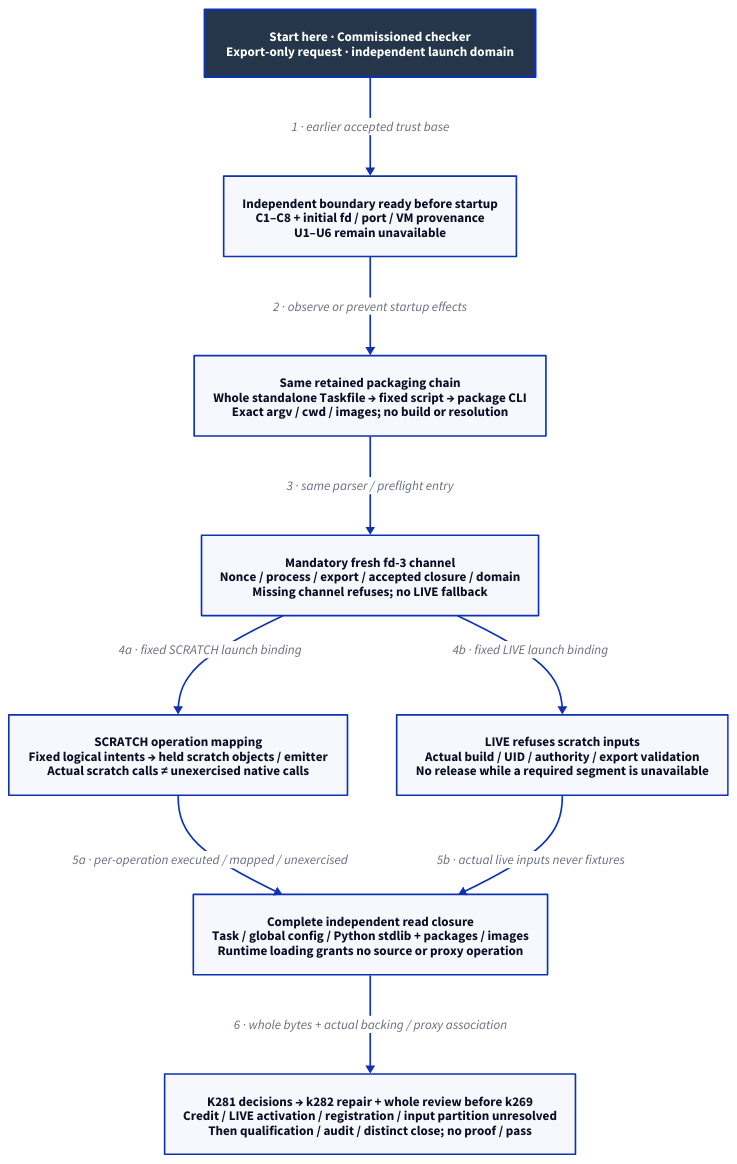
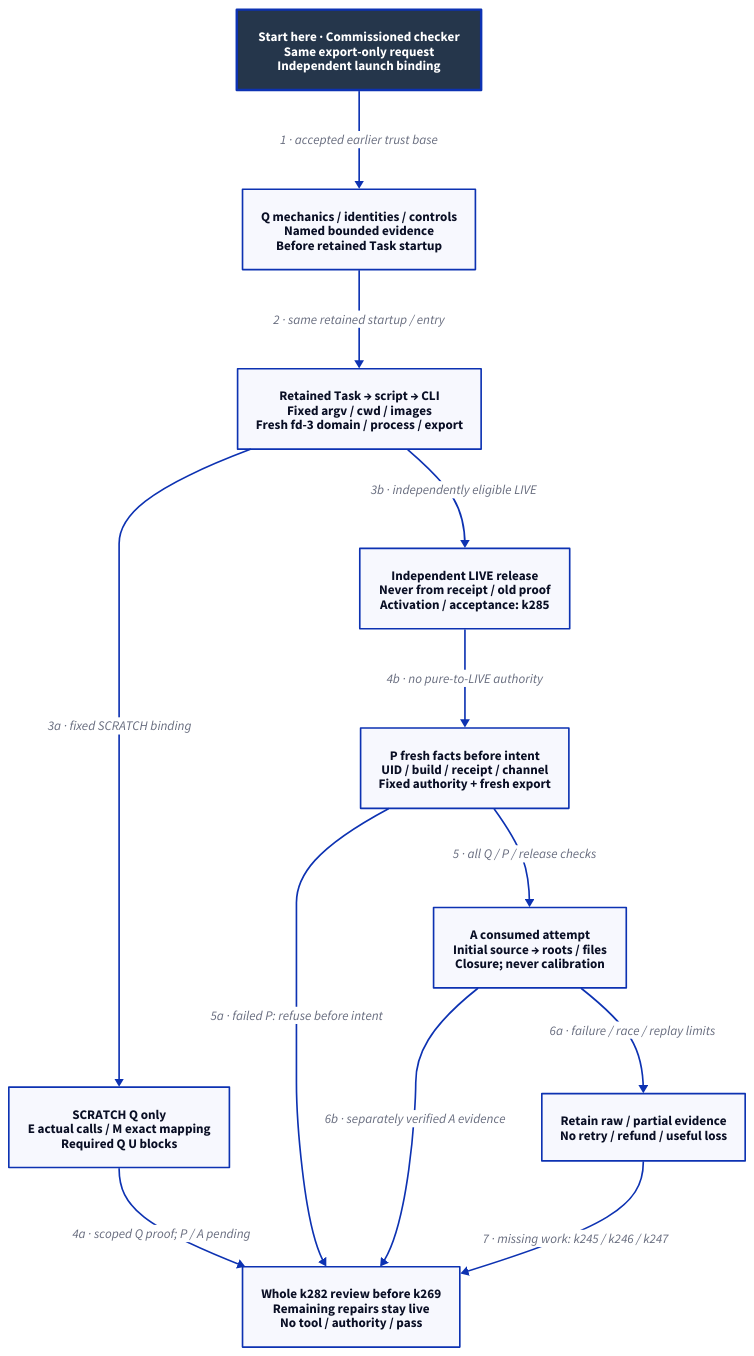
The diagram in docs/design/architecture/native-reference-packaging.d2 (Linkuistics/Koine), drawn with D2 before and after one commit. The commit also changed 15 other files, not shown here.

Commit message:
Separate qualification, preflight and attempt credit (reference-evidence-operation-credit-k283)

```diff
--- a/docs/design/architecture/native-reference-packaging.d2
+++ b/docs/design/architecture/native-reference-packaging.d2
@@ -1,21 +1,25 @@
-# Proposed retained launch/read boundary; no task, channel or runtime is qualified.
+# Proposed staged credit; no artifact, release or operation is qualified.
 direction: down
 classes: {
   start: {style: {fill: "#25364B"; font-color: "#FFFFFF"; bold: true; stroke-width: 3}}
 }
-Start: "Start here · Commissioned checker\nExport-only request · independent launch domain" {class: start}
-Ready: "Independent boundary ready before startup\nC1–C8 + initial fd / port / VM provenance\nU1–U6 remain unavailable"
-Task: "Same retained packaging chain\nWhole standalone Taskfile → fixed script → package CLI\nExact argv / cwd / images; no build or resolution"
-Channel: "Mandatory fresh fd-3 channel\nNonce / process / export / accepted closure / domain\nMissing channel refuses; no LIVE fallback"
-Scratch: "SCRATCH operation mapping\nFixed logical intents → held scratch objects / emitter\nActual scratch calls ≠ unexercised native calls"
-Live: "LIVE refuses scratch inputs\nActual build / UID / authority / export validation\nNo release while a required segment is unavailable"
-Closure: "Complete independent read closure\nTask / global config / Python stdlib + packages / images\nRuntime loading grants no source or proxy operation"
-Final: "K281 decisions → k282 repair + whole review before k269\nCredit / LIVE activation / registration / input partition unresolved\nThen qualification / audit / distinct close; no proof / pass"
-Start -> Ready: "1 · earlier accepted trust base"
-Ready -> Task: "2 · observe or prevent startup effects"
-Task -> Channel: "3 · same parser / preflight entry"
-Channel -> Scratch: "4a · fixed SCRATCH launch binding"
-Channel -> Live: "4b · fixed LIVE launch binding"
-Scratch -> Closure: "5a · per-operation executed / mapped / unexercised"
-Live -> Closure: "5b · actual live inputs never fixtures"
-Closure -> Final: "6 · whole bytes + actual backing / proxy association"
+Start: "Start here · Commissioned checker\nSame export-only request\nIndependent launch binding" {class: start}
+Ready: "Q mechanics / identities / controls\nNamed bounded evidence\nBefore retained Task startup"
+Task: "Retained Task → script → CLI\nFixed argv / cwd / images\nFresh fd-3 domain / process / export"
+Scratch: "SCRATCH Q only\nE actual calls / M exact mapping\nRequired Q U blocks"
+Live: "Independent LIVE release\nNever from receipt / old proof\nActivation / acceptance: k285"
+Preflight: "P fresh facts before intent\nUID / build / receipt / channel\nFixed authority + fresh export"
+Attempt: "A consumed attempt\nInitial source → roots / files\nClosure; never calibration"
+Failure: "Retain raw / partial evidence\nNo retry / refund / useful loss"
+Final: "Whole k282 review before k269\nRemaining repairs stay live\nNo tool / authority / pass"
+Start -> Ready: "1 · accepted earlier trust base"
+Ready -> Task: "2 · same retained startup / entry"
+Task -> Scratch: "3a · fixed SCRATCH binding"
+Task -> Live: "3b · independently eligible LIVE"
+Scratch -> Final: "4a · scoped Q proof; P / A pending"
+Live -> Preflight: "4b · no pure-to-LIVE authority"
+Preflight -> Attempt: "5 · all Q / P / release checks"
+Preflight -> Final: "5a · failed P: refuse before intent"
+Attempt -> Failure: "6a · failure / race / replay limits"
+Attempt -> Final: "6b · separately verified A evidence"
+Failure -> Final: "7 · missing work: k245 / k246 / k247"
```
